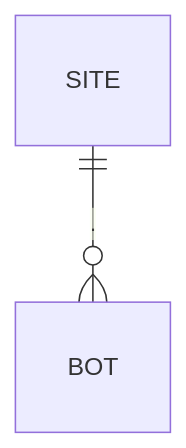
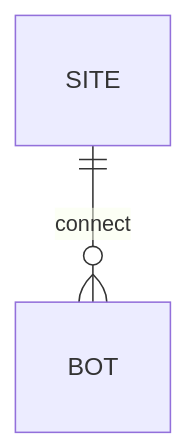
Before and after one commit to IkayevAibar/factory_bot_site: the diagram in README.md, drawn with Mermaid.

Commit message:
modified:   README.md

````diff
--- a/README.md
+++ b/README.md
@@ -31,4 +31,4 @@
 ```mermaid
 erDiagram
-    SITE ||--o{ BOT: .
+    SITE ||--o{ BOT : connect
 ```
````
